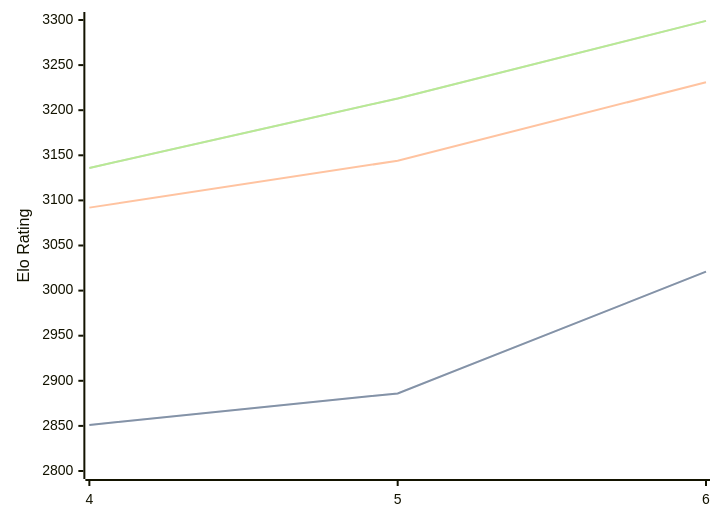
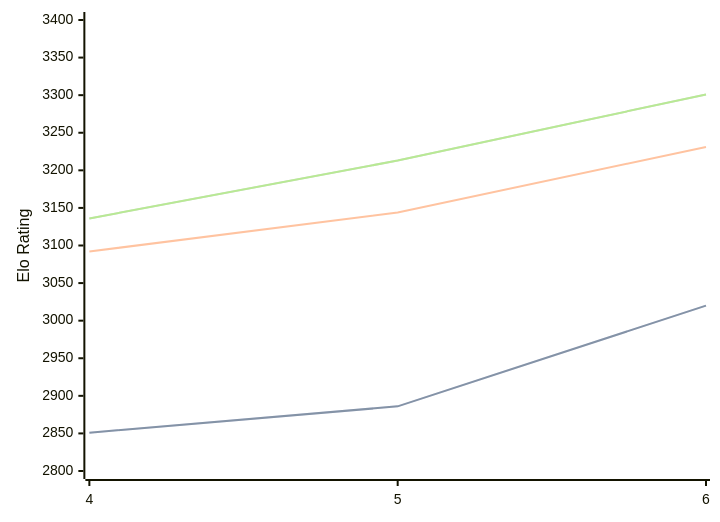
One commit to computer-chess-index/cci changed the diagram in engines/Cwtch.md. Above: the diagram before and after it, drawn with Mermaid. The commit also changed other lines of this file, not shown here.

Commit message:
Update CCI Ratings (ELO VLTC) - 2026-09-17

````diff
--- a/engines/Cwtch.md
+++ b/engines/Cwtch.md
@@ -34,11 +34,11 @@
 ```mermaid
 %%{init: {"theme":"base","themeVariables":{"seriesColors:['#a3a3a3','#222221','#faa371']}}}%%
 xychart-beta
   x-axis ["4", "5", "6"]
-  y-axis "Elo Rating" 2800 --> 3300
-  line "" [2851, 2886, 3021]
-  line "STC (8.0+0.08s)" [2851, 2886, 3021]
+  y-axis "Elo Rating" 2800 --> 3400
+  line "" [2851, 2886, 3020]
+  line "STC (8.0+0.08s)" [2851, 2886, 3020]
   line "LTC (60.0+0.60s)" [3092, 3144, 3231]
-  line "" [3136, 3213, 3299]
-  line "VLTC (2m24s+1.12s)" [3136, 3213, 3299]
+  line "" [3136, 3213, 3301]
+  line "VLTC (2m24s+1.12s)" [3136, 3213, 3301]
 ```
````
